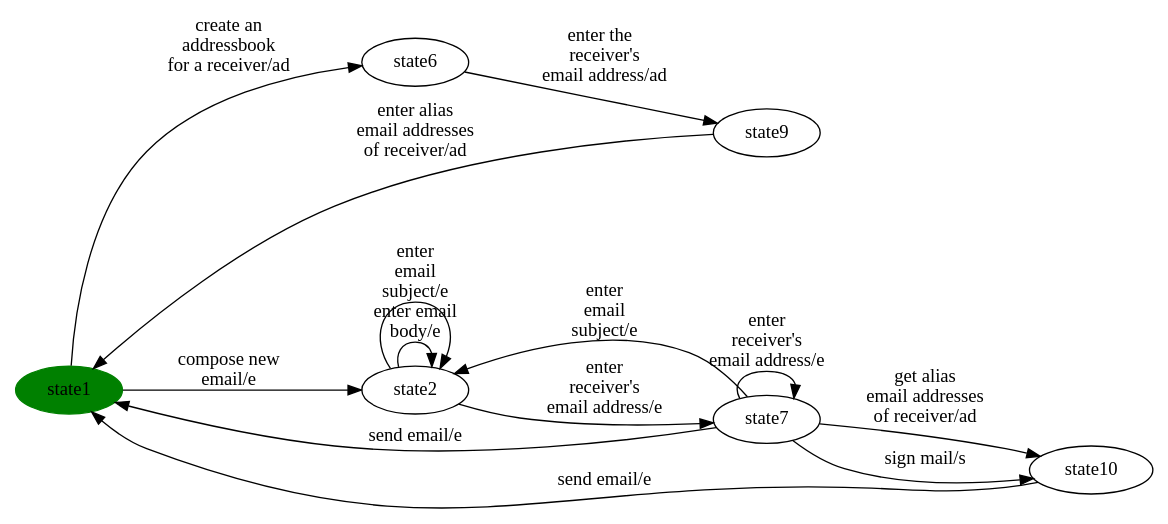
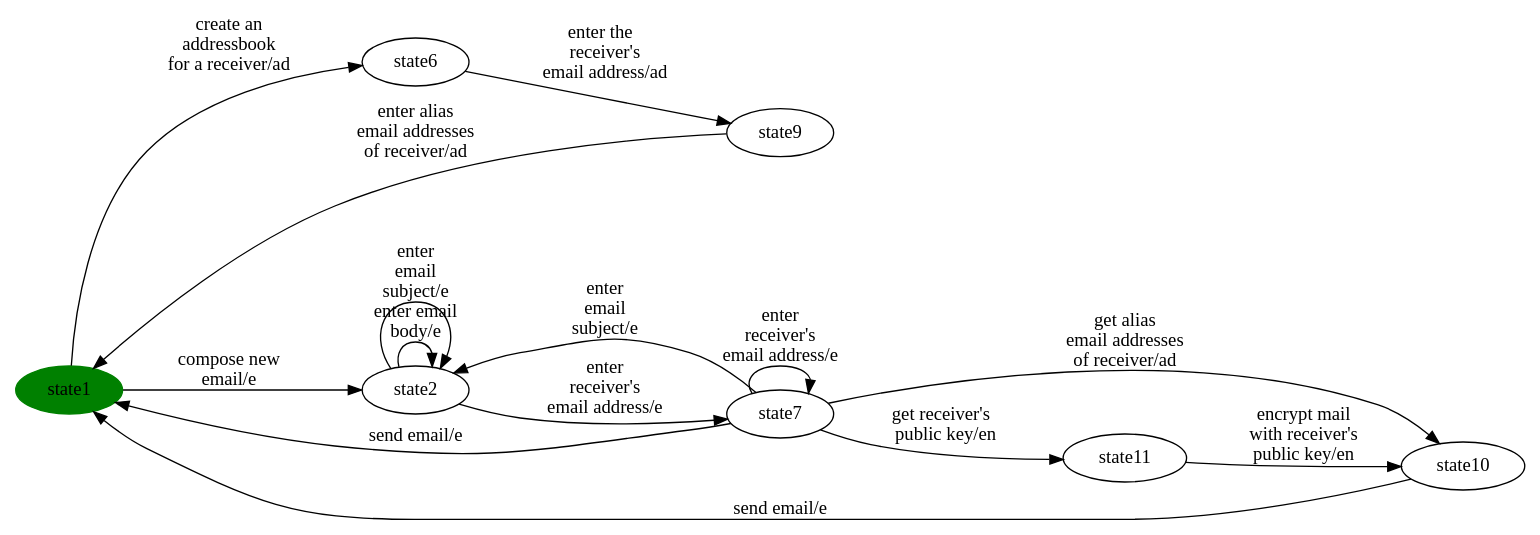
The diagram in automode-reports/per-product/eMail/eMail-product17.dot (dilekozturk93/vibes), drawn with Graphviz before and after one commit. The commit also changed 43 other files, not shown here.

```diff
--- a/automode-reports/per-product/eMail/eMail-product17.dot
+++ b/automode-reports/per-product/eMail/eMail-product17.dot
@@ -1,40 +1,45 @@
 digraph G {
 rankdir=LR;
 state0[ label = "state1", style=filled, color=green ];
 state1 [ label = "state9" ];
 state1 -> state0 [ label=" enter alias 
 email addresses 
 of receiver/ad " ];
 state2 [ label = "state6" ];
 state2 -> state1 [ label=" enter the  
 receiver's 
 email address/ad " ];
-state3 [ label = "state10" ];
-state3 -> state0 [ label=" send email/e " ];
-state4 [ label = "state7" ];
+state3 [ label = "state11" ];
+state3 -> state4 [ label=" encrypt mail 
+with receiver's 
+public key/en " ];
+state4 [ label = "state10" ];
 state4 -> state0 [ label=" send email/e " ];
-state4 -> state3 [ label=" sign mail/s " ];
-state4 -> state3 [ label=" get alias 
+state5 [ label = "state7" ];
+state5 -> state0 [ label=" send email/e " ];
+state5 -> state3 [ label=" get receiver's  
+public key/en " ];
+state5 -> state6 [ label=" enter
+ email 
+subject/e " ];
+state5 -> state5 [ label=" enter 
+receiver's 
+email address/e " ];
+state5 -> state4 [ label=" get alias 
 email addresses 
 of receiver/ad " ];
-state4 -> state5 [ label=" enter
- email 
-subject/e " ];
-state4 -> state4 [ label=" enter 
+state6 [ label = "state2" ];
+state6 -> state5 [ label=" enter 
 receiver's 
 email address/e " ];
-state5 [ label = "state2" ];
-state5 -> state4 [ label=" enter 
-receiver's 
-email address/e " ];
-state5 -> state5 [ label=" enter email 
+state6 -> state6 [ label=" enter email 
 body/e " ];
-state5 -> state5 [ label=" enter
+state6 -> state6 [ label=" enter
  email 
 subject/e " ];
 state0 -> state2 [ label=" create an 
 addressbook 
 for a receiver/ad " ];
-state0 -> state5 [ label=" compose new 
+state0 -> state6 [ label=" compose new 
 email/e " ];
 }
```
